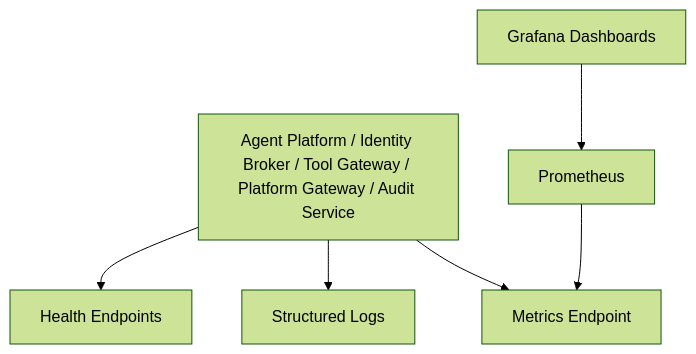
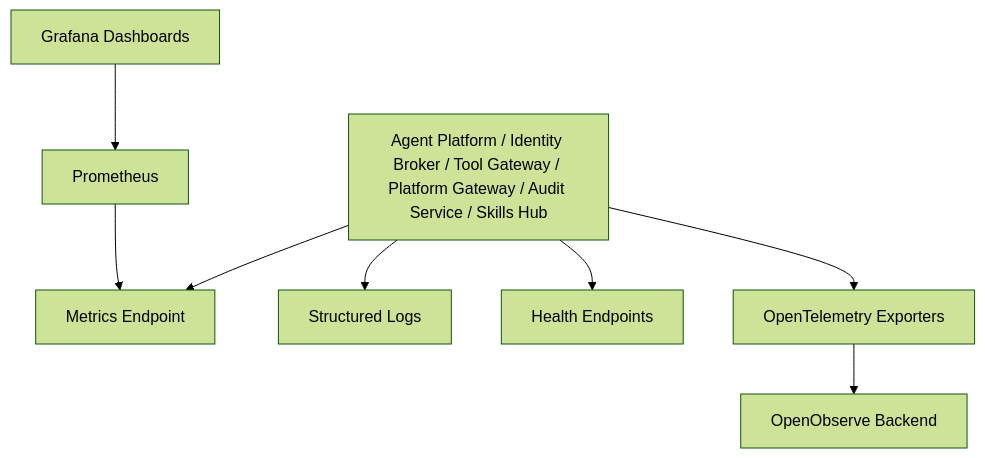
Before and after one commit to metasync/luban-aiops: the ninth of 10 diagrams in .qoder/repowiki/en/content/Deployment and Operations/Deployment and Operations.md, drawn with Mermaid (forest theme). The commit also changed other lines of this file and 71 other files, not shown here.

Commit message:
docs: refresh repowiki knowledge cache after OpenObserve telemetry enablement

````diff
--- a/.qoder/repowiki/en/content/Deployment and Operations/Deployment and Operations.md
+++ b/.qoder/repowiki/en/content/Deployment and Operations/Deployment and Operations.md
@@ -492,14 +574,18 @@
 ```mermaid
 graph TB
-Services["Agent Platform / Identity Broker / Tool Gateway / Platform Gateway / Audit Service"]
+Services["Agent Platform / Identity Broker / Tool Gateway / Platform Gateway / Audit Service / Skills Hub"]
 Metrics["Metrics Endpoint"]
 Logs["Structured Logs"]
 Health["Health Endpoints"]
+OTel["OpenTelemetry Exporters"]
 Prometheus["Prometheus"]
 Grafana["Grafana Dashboards"]
+OpenObserve["OpenObserve Backend"]
 Services --> Metrics
 Services --> Logs
 Services --> Health
+Services --> OTel
 Prometheus --> Metrics
 Grafana --> Prometheus
+OTel --> OpenObserve
 ```
````
